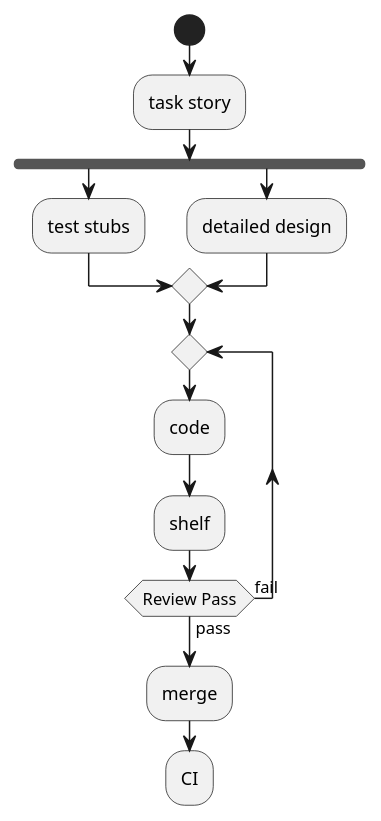
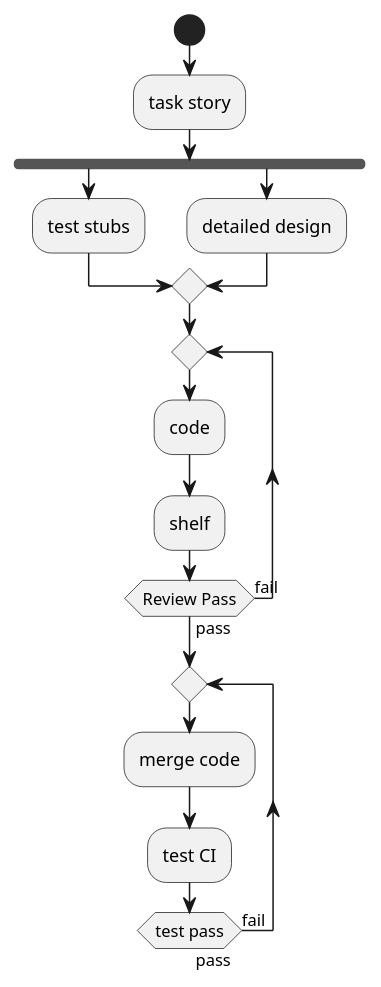
Before and after one commit to KPZNet/CSC505: the first of 22 diagrams in M1/Umbrella.puml, drawn with PlantUML.

```diff
--- a/M1/Umbrella.puml
+++ b/M1/Umbrella.puml
@@ -2,16 +2,20 @@
 @startuml Umbrella
 start;
 :task story;
 fork
   :test stubs;
 fork again
   :detailed design;
 end merge;
 repeat;
   :code;
   :shelf;
 repeatwhile (Review Pass) is (fail) not (pass)
-:merge;
-:CI;
+repeat
+  :merge code;
+  :test CI;
+repeatwhile (test pass) is (fail) not (pass)
+
+
 
 @enduml
```
